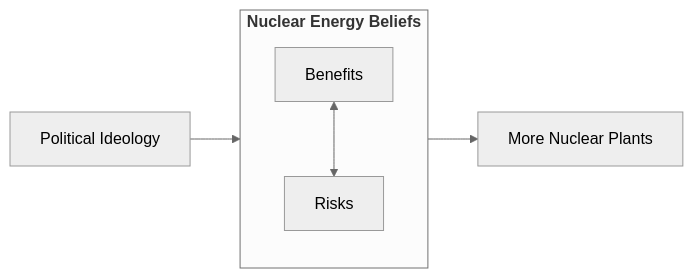
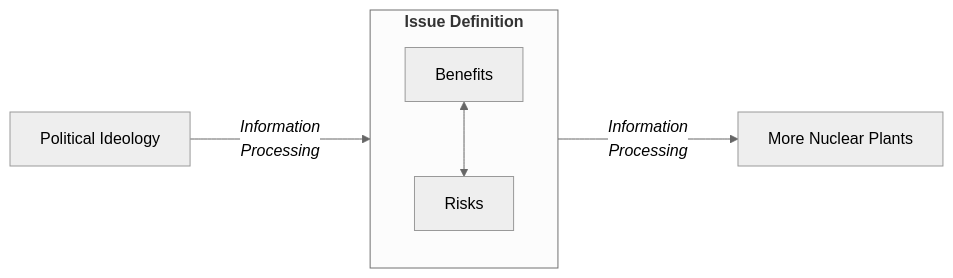
Before and after one commit to mnowlin/policy-learning-element: the second of 3 diagrams in chapter-drafts/chap3.qmd, drawn with Mermaid. The commit also changed other lines of this file, not shown here.

````diff
--- a/chapter-drafts/chap3.qmd
+++ b/chapter-drafts/chap3.qmd
@@ -177,11 +200,11 @@
 ```{mermaid}
 %%| fig-cap: Ideology, Nuclear Energy Beliefs, and Preferences for More Nuclear Plants
 %%| label: fig-model
 %%{init: {'theme':'neutral'}}%%
 flowchart LR
-    A[Political Ideology] --> subgraph1
-    subgraph subgraph1 [<b>Nuclear Energy Beliefs]
+    A[Political Ideology] --"<i>Information <br> Processing"---> subgraph1
+    subgraph subgraph1 [<b>Issue Definition]
     B[Benefits] <--> C[Risks]
     end
-    subgraph1 --> D[More Nuclear Plants]
+    subgraph1 --"<i>Information <br> Processing"---> D[More Nuclear Plants]
 ```
````
